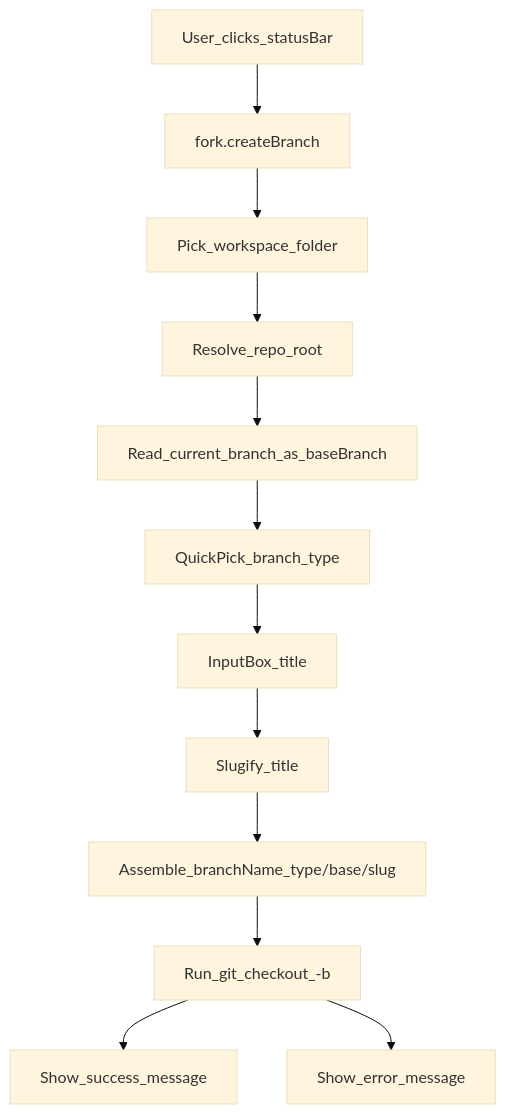
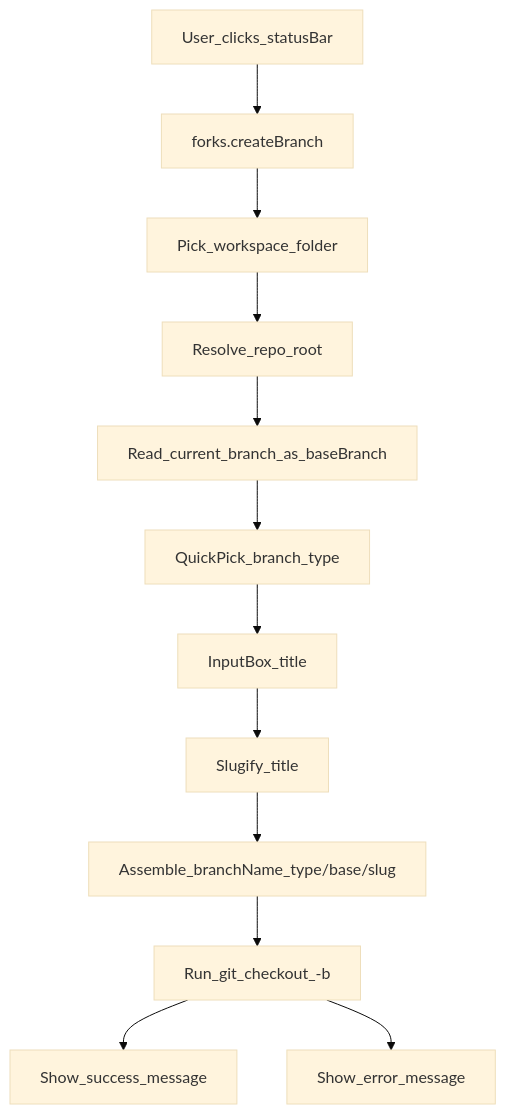
One commit to inandi/branch changed the diagram in docs/architecture.md. Above: the diagram before and after it, drawn with Mermaid (base theme). The commit also changed other lines of this file and 9 other files, not shown here.

Commit message:
Release v1.2.1 - 2026-03-03: Rename extension from "Fork" to "Forks", update versioning, and adjust related configurations and documentation accordingly. Enhance user experience by ensuring consistent naming across all components.

````diff
--- a/docs/architecture.md
+++ b/docs/architecture.md
@@ -21,14 +21,14 @@
 ```mermaid
 flowchart TD
-  userClick[User_clicks_statusBar] --> command[fork.createBranch]
+  userClick[User_clicks_statusBar] --> command[forks.createBranch]
   command --> ws[Pick_workspace_folder]
   ws --> repo[Resolve_repo_root]
   repo --> base[Read_current_branch_as_baseBranch]
   base --> typePick[QuickPick_branch_type]
   typePick --> title[InputBox_title]
   title --> slug[Slugify_title]
   slug --> name[Assemble_branchName_type/base/slug]
   name --> git[Run_git_checkout_-b]
   git --> ok[Show_success_message]
   git --> err[Show_error_message]
 ```
````
